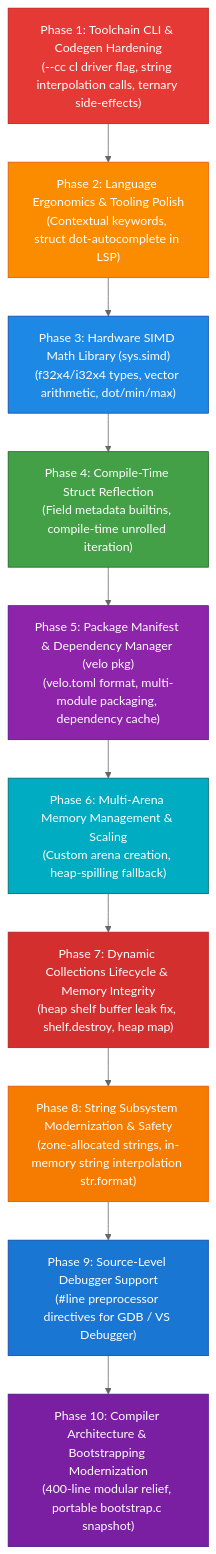
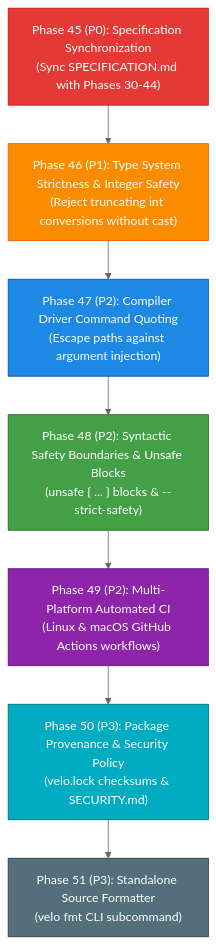
Before and after one commit to velo-compiler/velo: the diagram in gaps.md, drawn with Mermaid (neutral theme). The commit also changed other lines of this file and 1 other file, not shown here.

First line of the commit message:
docs(spec): synchronize language specification with Phases 30-44 features

````diff
--- a/gaps.md
+++ b/gaps.md
@@ -35,22 +29,17 @@
 ```mermaid
 flowchart TD
-    P1["Phase 1: Toolchain CLI & Codegen Hardening\n(--cc cl driver flag, string interpolation calls, ternary side-effects)"] --> P2["Phase 2: Language Ergonomics & Tooling Polish\n(Contextual keywords, struct dot-autocomplete in LSP)"]
-    P2 --> P3["Phase 3: Hardware SIMD Math Library (sys.simd)\n(f32x4/i32x4 types, vector arithmetic, dot/min/max)"]
-    P3 --> P4["Phase 4: Compile-Time Struct Reflection\n(Field metadata builtins, compile-time unrolled iteration)"]
-    P4 --> P5["Phase 5: Package Manifest & Dependency Manager (velo pkg)\n(velo.toml format, multi-module packaging, dependency cache)"]
-    P5 --> P6["Phase 6: Multi-Arena Memory Management & Scaling\n(Custom arena creation, heap-spilling fallback)"]
-    P6 --> P7["Phase 7: Dynamic Collections Lifecycle & Memory Integrity\n(heap shelf buffer leak fix, shelf.destroy, heap map)"]
-    P7 --> P8["Phase 8: String Subsystem Modernization & Safety\n(zone-allocated strings, in-memory string interpolation str.format)"]
-    P8 --> P9["Phase 9: Source-Level Debugger Support\n(#line preprocessor directives for GDB / VS Debugger)"]
-    P9 --> P10["Phase 10: Compiler Architecture & Bootstrapping Modernization\n(400-line modular relief, portable bootstrap.c snapshot)"]
-    style P1 fill:#e53935,stroke:#b71c1c,color:#ffffff
-    style P2 fill:#fb8c00,stroke:#e65100,color:#ffffff
-    style P3 fill:#1e88e5,stroke:#0d47a1,color:#ffffff
-    style P4 fill:#43a047,stroke:#1b5e20,color:#ffffff
-    style P5 fill:#8e24aa,stroke:#4a148c,color:#ffffff
-    style P6 fill:#00acc1,stroke:#006064,color:#ffffff
-    style P7 fill:#d32f2f,stroke:#b71c1c,color:#ffffff
-    style P8 fill:#f57c00,stroke:#e65100,color:#ffffff
-    style P9 fill:#1976d2,stroke:#0d47a1,color:#ffffff
-    style P10 fill:#7b1fa2,stroke:#4a148c,color:#ffffff
+    P45["Phase 45 (P0): Specification Synchronization\n(Sync SPECIFICATION.md with Phases 30-44)"] --> P46["Phase 46 (P1): Type System Strictness & Integer Safety\n(Reject truncating int conversions without cast)"]
+    P46 --> P47["Phase 47 (P2): Compiler Driver Command Quoting\n(Escape paths against argument injection)"]
+    P47 --> P48["Phase 48 (P2): Syntactic Safety Boundaries & Unsafe Blocks\n(unsafe { ... } blocks & --strict-safety)"]
+    P48 --> P49["Phase 49 (P2): Multi-Platform Automated CI\n(Linux & macOS GitHub Actions workflows)"]
+    P49 --> P50["Phase 50 (P3): Package Provenance & Security Policy\n(velo.lock checksums & SECURITY.md)"]
+    P50 --> P51["Phase 51 (P3): Standalone Source Formatter\n(velo fmt CLI subcommand)"]
+
+    style P45 fill:#e53935,stroke:#b71c1c,color:#ffffff
+    style P46 fill:#fb8c00,stroke:#e65100,color:#ffffff
+    style P47 fill:#1e88e5,stroke:#0d47a1,color:#ffffff
+    style P48 fill:#43a047,stroke:#1b5e20,color:#ffffff
+    style P49 fill:#8e24aa,stroke:#4a148c,color:#ffffff
+    style P50 fill:#00acc1,stroke:#006064,color:#ffffff
+    style P51 fill:#546e7a,stroke:#263238,color:#ffffff
 ```
````
